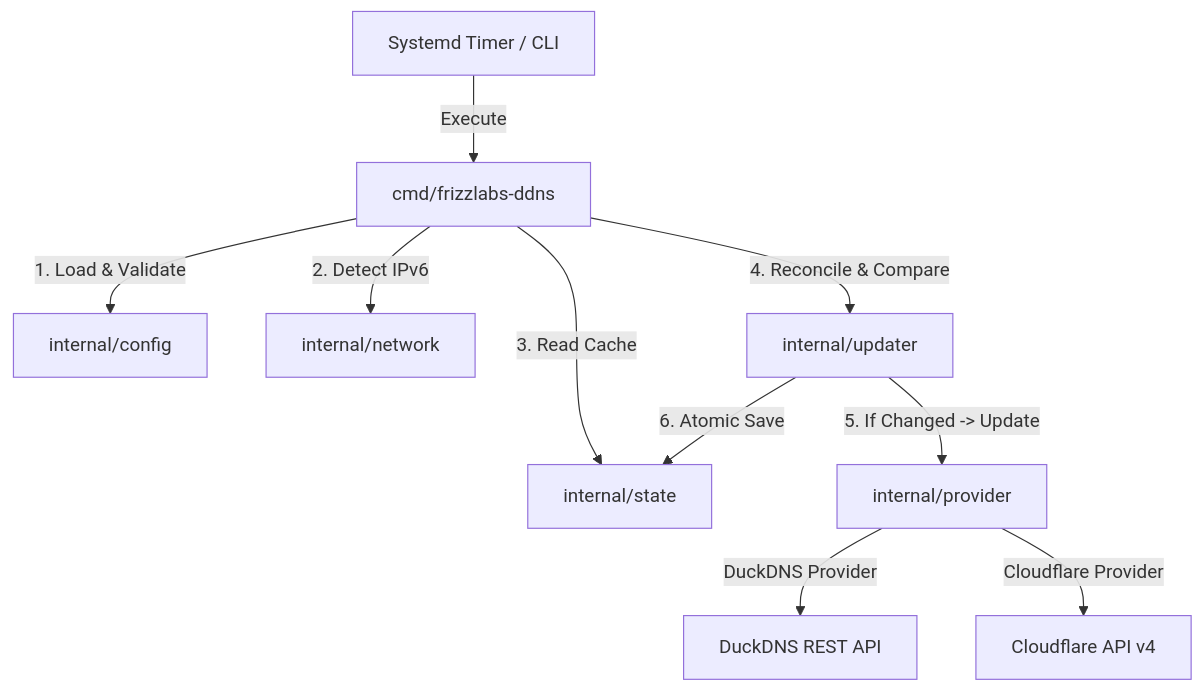
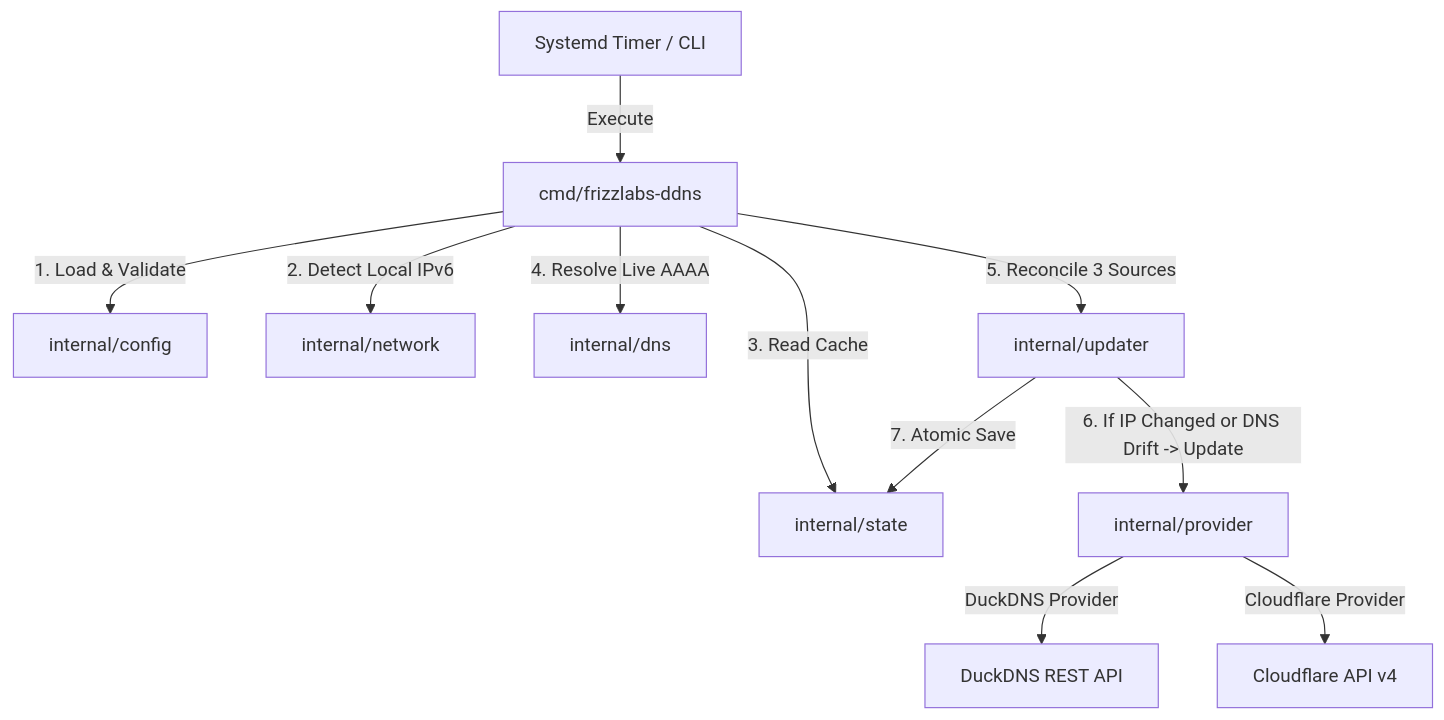
Before and after one commit to frizzycodes/frizzlabs-ddns: the diagram in docs/ARCHITECTURE.md, drawn with Mermaid. The commit also changed 9 other files, not shown here.

Commit message:
feat: upgrade to 3-way reconciliation engine with DNS drift auto-repair

````diff
--- a/docs/ARCHITECTURE.md
+++ b/docs/ARCHITECTURE.md
@@ -11,12 +11,13 @@
 ```mermaid
 graph TD
     A[Systemd Timer / CLI] -->|Execute| B[cmd/frizzlabs-ddns]
     B -->|1. Load & Validate| C[internal/config]
-    B -->|2. Detect IPv6| D[internal/network]
+    B -->|2. Detect Local IPv6| D[internal/network]
     B -->|3. Read Cache| E[internal/state]
-    B -->|4. Reconcile & Compare| F[internal/updater]
-    F -->|5. If Changed -> Update| G[internal/provider]
-    G -->|DuckDNS Provider| H[DuckDNS REST API]
-    G -->|Cloudflare Provider| I[Cloudflare API v4]
-    F -->|6. Atomic Save| E
+    B -->|4. Resolve Live AAAA| F[internal/dns]
+    B -->|5. Reconcile 3 Sources| G[internal/updater]
+    G -->|6. If IP Changed or DNS Drift -> Update| H[internal/provider]
+    H -->|DuckDNS Provider| I[DuckDNS REST API]
+    H -->|Cloudflare Provider| J[Cloudflare API v4]
+    G -->|7. Atomic Save| E
 ```
````
